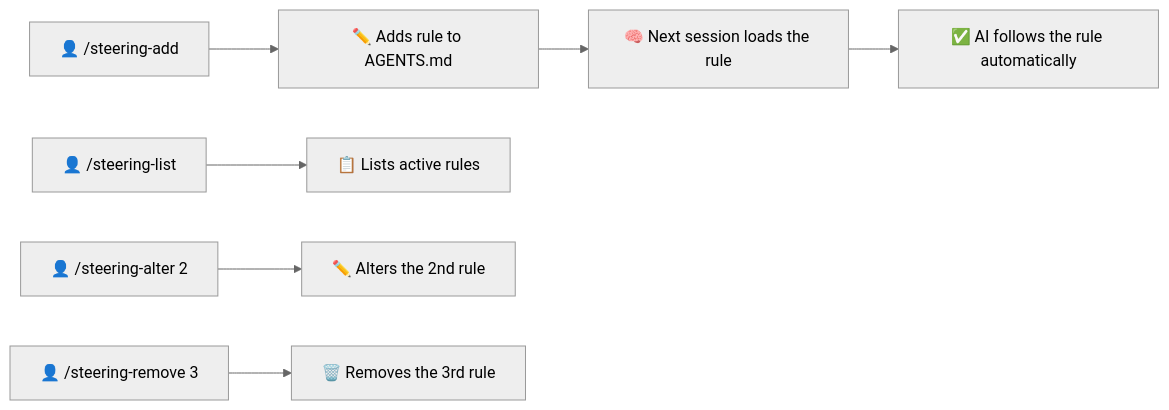
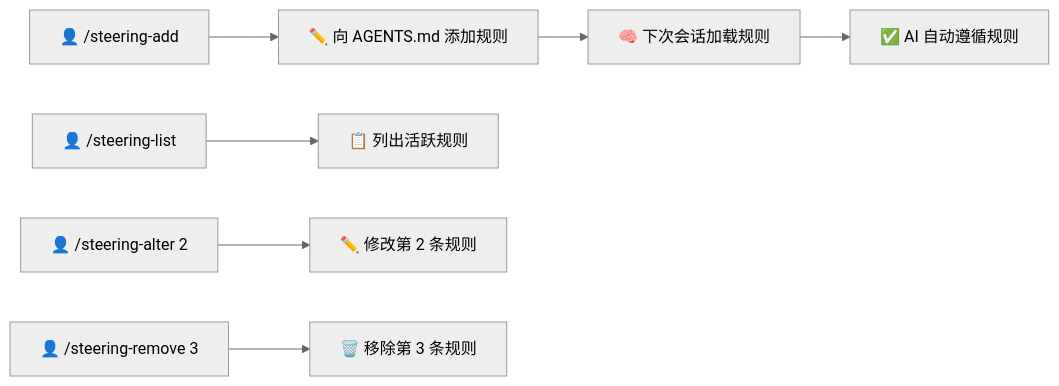
Before and after one commit to andrelncampos/dscode-public: the third of 4 diagrams in docs/i18n/README.zh-Hans.md, drawn with Mermaid (neutral theme). The commit also changed other lines of this file and 1 other file, not shown here.

````diff
--- a/docs/i18n/README.zh-Hans.md
+++ b/docs/i18n/README.zh-Hans.md
@@ -424,9 +412,9 @@
 ```mermaid
 flowchart LR
-    U[👤 /steering-add] --> A[✏️ Adds rule to AGENTS.md]
-    A --> S[🧠 Next session loads the rule]
-    S --> B[✅ AI follows the rule automatically]
-    U2[👤 /steering-list] --> V[📋 Lists active rules]
-    U3[👤 /steering-alter 2] --> W[✏️ Alters the 2nd rule]
-    U4[👤 /steering-remove 3] --> X[🗑️ Removes the 3rd rule]
+    U[👤 /steering-add] --> A[✏️ 向 AGENTS.md 添加规则]
+    A --> S[🧠 下次会话加载规则]
+    S --> B[✅ AI 自动遵循规则]
+    U2[👤 /steering-list] --> V[📋 列出活跃规则]
+    U3[👤 /steering-alter 2] --> W[✏️ 修改第 2 条规则]
+    U4[👤 /steering-remove 3] --> X[🗑️ 移除第 3 条规则]
 ```
````
